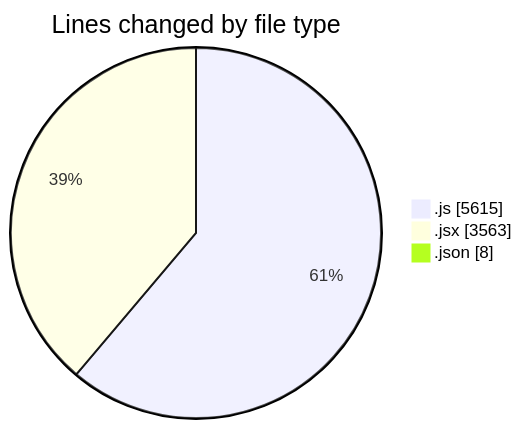
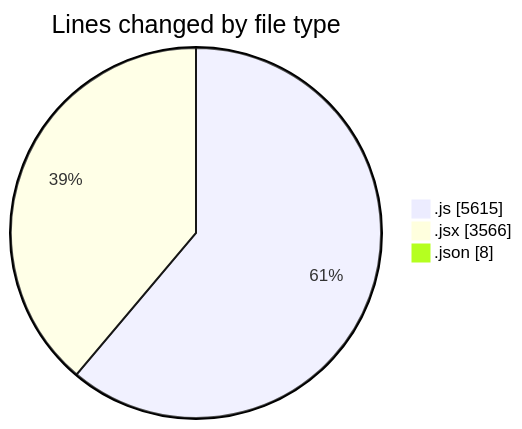
Before and after one commit to nxtqubesakshisongat/code-tracking: the first of 2 diagrams in 2025-07-23/nxtqube_webapp/README.md, drawn with Mermaid. The commit also changed other lines of this file and 1 other file, not shown here.

````diff
--- a/2025-07-23/nxtqube_webapp/README.md
+++ b/2025-07-23/nxtqube_webapp/README.md
@@ -61,7 +61,7 @@
 ```mermaid
 pie showData
 title Lines changed by file type
 ".js" : 5615
-".jsx" : 3563
+".jsx" : 3566
 ".json" : 8
 ```
````
